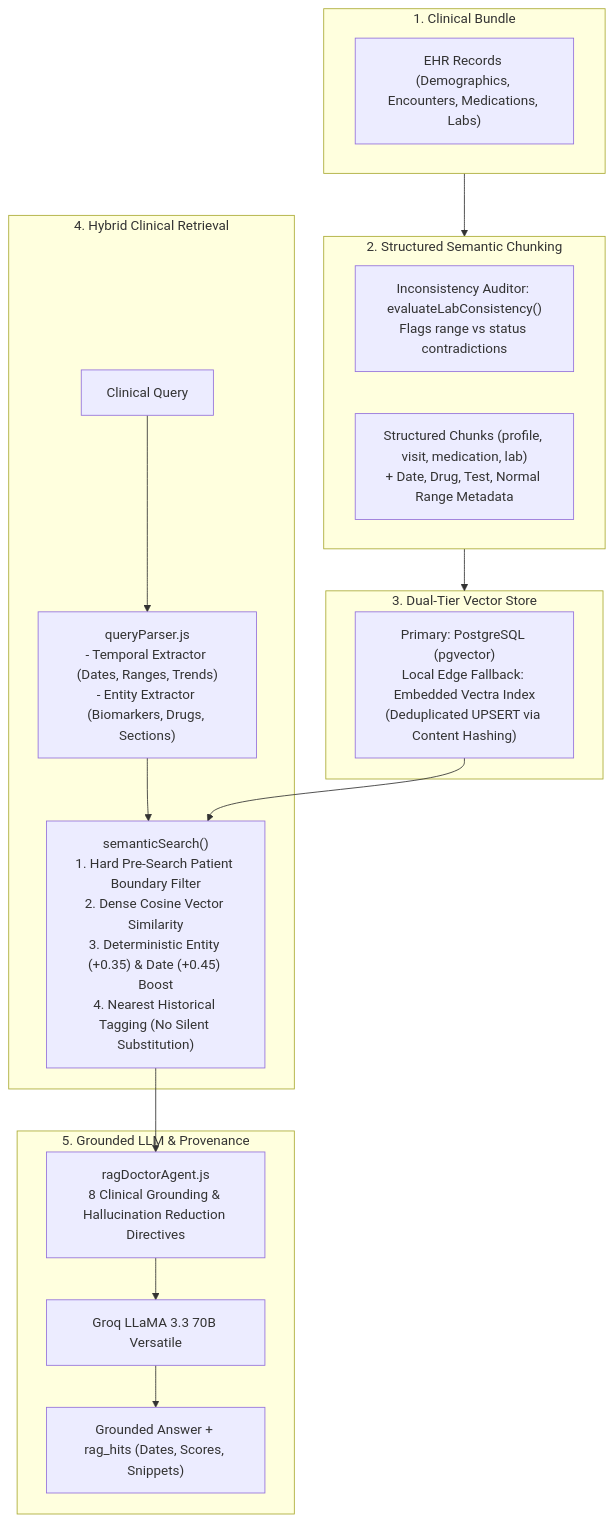
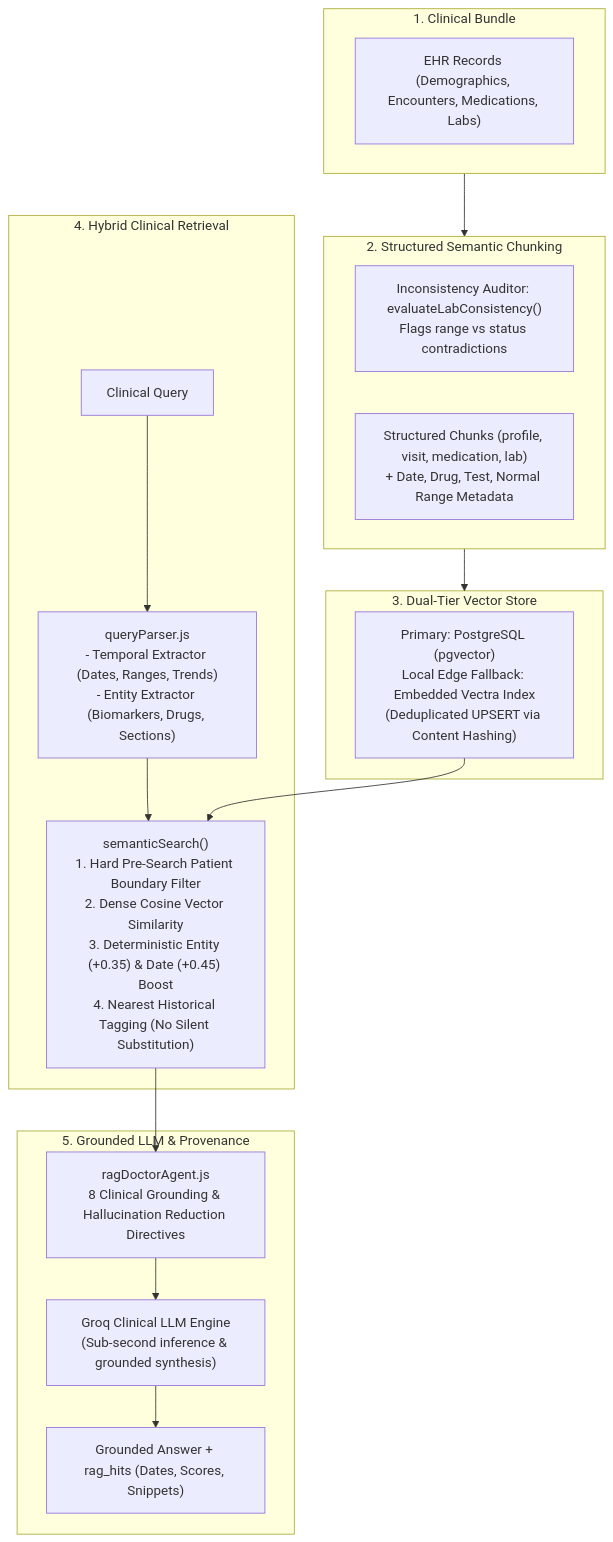
The second of 2 diagrams in README.md (Meghs21/ClinSight-AI-Production), drawn with Mermaid before and after one commit. The commit also changed other lines of this file, not shown here.

````diff
--- a/README.md
+++ b/README.md
@@ -165,30 +165,30 @@
 ```mermaid
 flowchart TD
     subgraph Data ["1. Clinical Bundle"]
         EHR["EHR Records (Demographics, Encounters, Medications, Labs)"]
     end
 
     subgraph Chunking ["2. Structured Semantic Chunking"]
         Audit["Inconsistency Auditor: evaluateLabConsistency()<br/>Flags range vs status contradictions"]
         Chunks["Structured Chunks (profile, visit, medication, lab)<br/>+ Date, Drug, Test, Normal Range Metadata"]
     end
 
     subgraph Storage ["3. Dual-Tier Vector Store"]
         VStore["Primary: PostgreSQL (pgvector)<br/>Local Edge Fallback: Embedded Vectra Index<br/>(Deduplicated UPSERT via Content Hashing)"]
     end
 
     subgraph RetrievalEngine ["4. Hybrid Clinical Retrieval"]
         Query["Clinical Query"] --> QParser["queryParser.js<br/>- Temporal Extractor (Dates, Ranges, Trends)<br/>- Entity Extractor (Biomarkers, Drugs, Sections)"]
         QParser --> Hybrid["semanticSearch()<br/>1. Hard Pre-Search Patient Boundary Filter<br/>2. Dense Cosine Vector Similarity<br/>3. Deterministic Entity (+0.35) & Date (+0.45) Boost<br/>4. Nearest Historical Tagging (No Silent Substitution)"]
         VStore --> Hybrid
     end
 
     subgraph Generation ["5. Grounded LLM & Provenance"]
         Hybrid --> Grounding["ragDoctorAgent.js<br/>8 Clinical Grounding & Hallucination Reduction Directives"]
-        Grounding --> LLM["Groq LLaMA 3.3 70B Versatile"]
+        Grounding --> LLM["Groq Clinical LLM Engine<br/>(Sub-second inference & grounded synthesis)"]
         LLM --> Out["Grounded Answer + rag_hits (Dates, Scores, Snippets)"]
     end
 
     Data --> Chunking
     Chunking --> Storage
 ```
````
